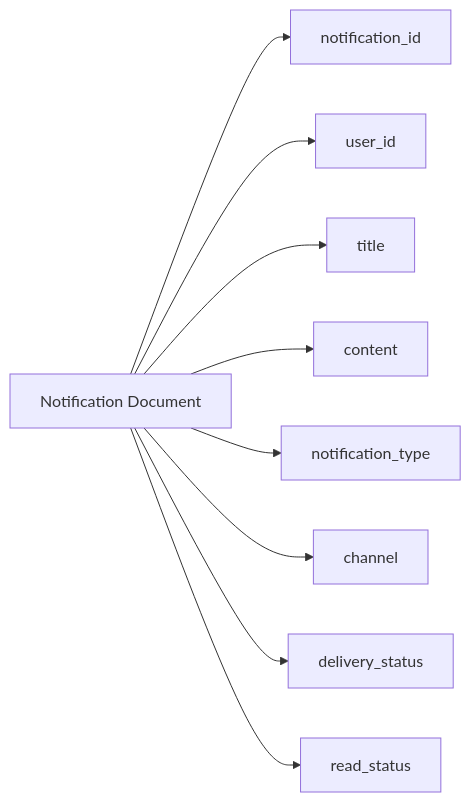
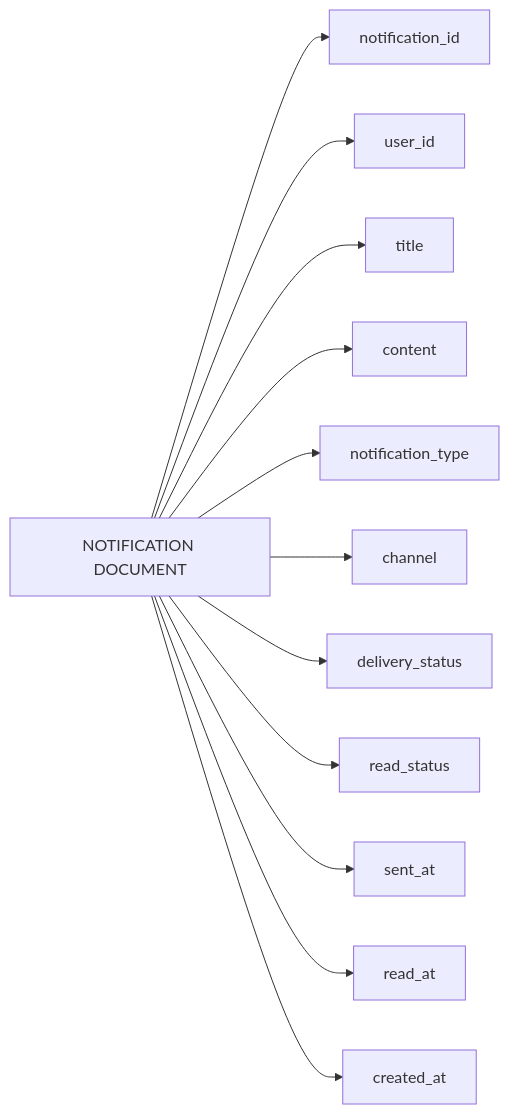
One commit to Phamha0601/23680571_PhamThiThuHa_CabSystem changed diagram 21 of 29 in Microservice_Design.md. Above: the diagram before and after it, drawn with Mermaid. The commit also changed other lines of this file, not shown here.

````diff
--- a/Microservice_Design.md
+++ b/Microservice_Design.md
@@ -1318,11 +1307,16 @@
 ```mermaid
 flowchart LR
-    N[Notification Document] --> ID[notification_id]
-    N --> U[user_id]
-    N --> T[title]
-    N --> C[content]
-    N --> TYPE[notification_type]
-    N --> CHANNEL[channel]
-    N --> DS[delivery_status]
-    N --> RS[read_status]
+    N["NOTIFICATION DOCUMENT"]
+
+    N --> A["notification_id"]
+    N --> B["user_id"]
+    N --> C["title"]
+    N --> D["content"]
+    N --> E["notification_type"]
+    N --> F["channel"]
+    N --> G["delivery_status"]
+    N --> H["read_status"]
+    N --> I["sent_at"]
+    N --> J["read_at"]
+    N --> K["created_at"]
 ```
````
